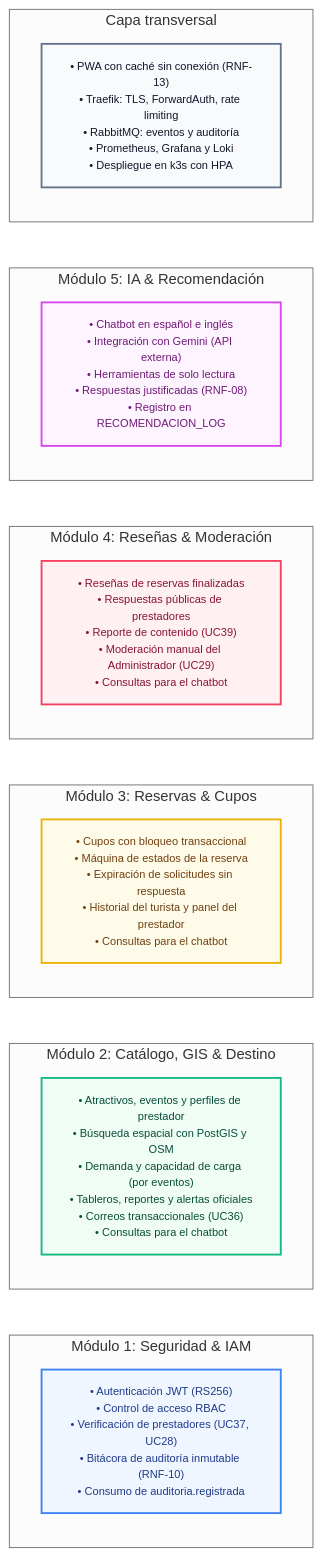
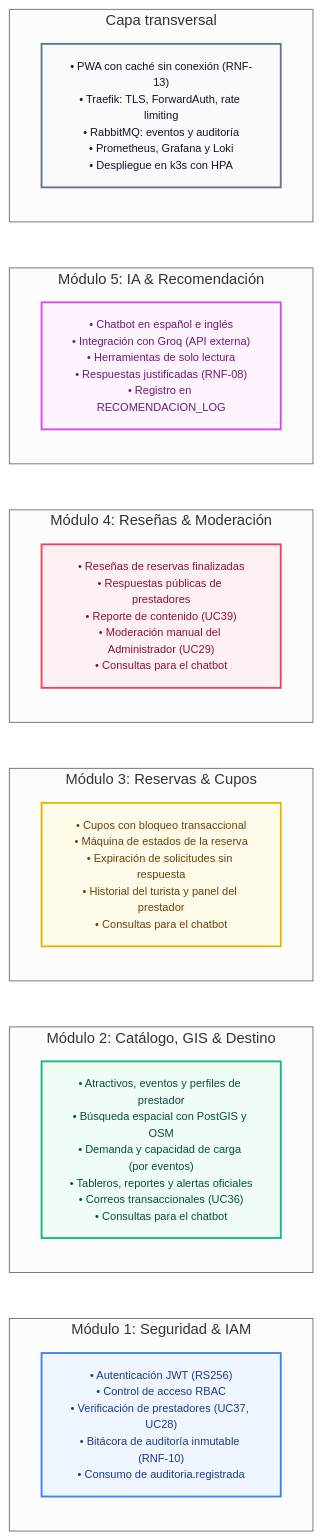
One commit to luifdo/tourism-platform changed the diagram in Documents/Pages/fuentes/modulos_responsabilidades.mmd. Above: the diagram before and after it, drawn with Mermaid (neutral theme). The commit also changed 14 other files, not shown here.

First line of the commit message:
docs(diagramas): Groq en las fuentes y modelo de datos según las migraciones; SVG regenerados

```diff
--- a/Documents/Pages/fuentes/modulos_responsabilidades.mmd
+++ b/Documents/Pages/fuentes/modulos_responsabilidades.mmd
@@ -1,37 +1,37 @@
 flowchart LR
     classDef cardIAM fill:#eff6ff,stroke:#3b82f6,stroke-width:2px,color:#1e3a8a,font-size:12px;
     classDef cardCat fill:#f0fdf4,stroke:#10b981,stroke-width:2px,color:#064e3b,font-size:12px;
     classDef cardRes fill:#fefce8,stroke:#eab308,stroke-width:2px,color:#713f12,font-size:12px;
     classDef cardRev fill:#fff1f2,stroke:#f43f5e,stroke-width:2px,color:#881337,font-size:12px;
     classDef cardAI fill:#fdf4ff,stroke:#d946ef,stroke-width:2px,color:#701a75,font-size:12px;
     classDef cardTr fill:#f8fafc,stroke:#64748b,stroke-width:2px,color:#0f172a,font-size:12px;
 
     subgraph M1["Módulo 1: Seguridad & IAM"]
         direction TB
         C1["• Autenticación JWT (RS256)<br>• Control de acceso RBAC<br>• Verificación de prestadores (UC37, UC28)<br>• Bitácora de auditoría inmutable (RNF-10)<br>• Consumo de auditoria.registrada"]:::cardIAM
     end
 
     subgraph M2["Módulo 2: Catálogo, GIS & Destino"]
         direction TB
         C2["• Atractivos, eventos y perfiles de prestador<br>• Búsqueda espacial con PostGIS y OSM<br>• Demanda y capacidad de carga (por eventos)<br>• Tableros, reportes y alertas oficiales<br>• Correos transaccionales (UC36)<br>• Consultas para el chatbot"]:::cardCat
     end
 
     subgraph M3["Módulo 3: Reservas & Cupos"]
         direction TB
         C3["• Cupos con bloqueo transaccional<br>• Máquina de estados de la reserva<br>• Expiración de solicitudes sin respuesta<br>• Historial del turista y panel del prestador<br>• Consultas para el chatbot"]:::cardRes
     end
 
     subgraph M4["Módulo 4: Reseñas & Moderación"]
         direction TB
         C4["• Reseñas de reservas finalizadas<br>• Respuestas públicas de prestadores<br>• Reporte de contenido (UC39)<br>• Moderación manual del Administrador (UC29)<br>• Consultas para el chatbot"]:::cardRev
     end
 
     subgraph M5["Módulo 5: IA & Recomendación"]
         direction TB
-        C5["• Chatbot en español e inglés<br>• Integración con Gemini (API externa)<br>• Herramientas de solo lectura<br>• Respuestas justificadas (RNF-08)<br>• Registro en RECOMENDACION_LOG"]:::cardAI
+        C5["• Chatbot en español e inglés<br>• Integración con Groq (API externa)<br>• Herramientas de solo lectura<br>• Respuestas justificadas (RNF-08)<br>• Registro en RECOMENDACION_LOG"]:::cardAI
     end
 
     subgraph TR["Capa transversal"]
         direction TB
         C6["• PWA con caché sin conexión (RNF-13)<br>• Traefik: TLS, ForwardAuth, rate limiting<br>• RabbitMQ: eventos y auditoría<br>• Prometheus, Grafana y Loki<br>• Despliegue en k3s con HPA"]:::cardTr
     end
```
